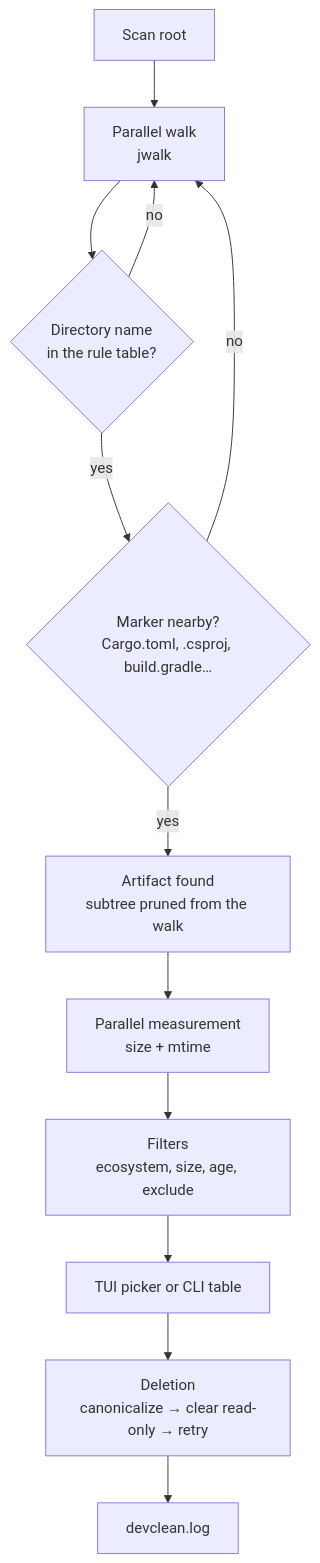
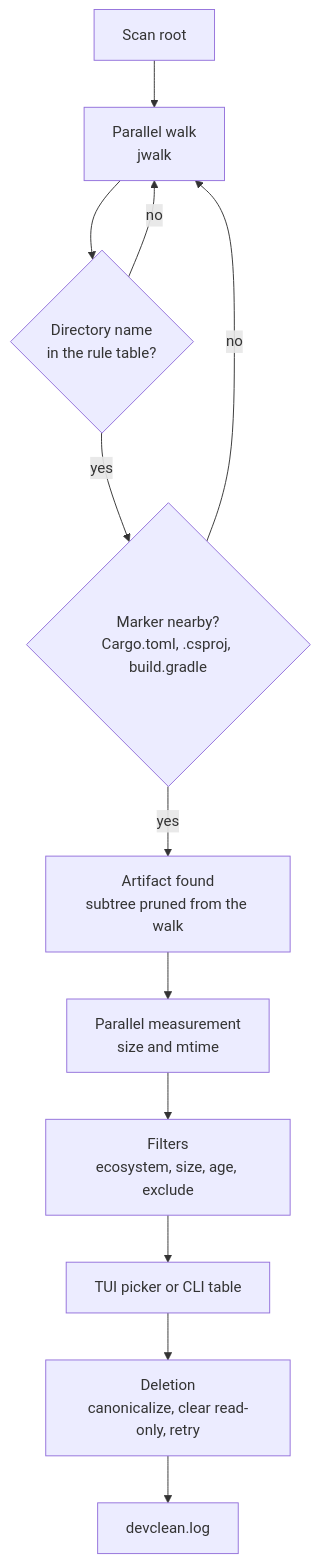
One commit to lepex1/devclean changed the diagram in README.en.md. Above: the diagram before and after it, drawn with Mermaid. The commit also changed other lines of this file and 7 other files, not shown here.

````diff
--- a/README.en.md
+++ b/README.en.md
@@ -149,14 +148,14 @@
 ```mermaid
 flowchart TD
     A[Scan root] --> B[Parallel walk<br/>jwalk]
     B --> C{Directory name<br/>in the rule table?}
     C -->|no| B
-    C -->|yes| D{Marker nearby?<br/>Cargo.toml, .csproj, build.gradle…}
+    C -->|yes| D{Marker nearby?<br/>Cargo.toml, .csproj, build.gradle}
     D -->|no| B
     D -->|yes| E[Artifact found<br/>subtree pruned from the walk]
-    E --> F[Parallel measurement<br/>size + mtime]
+    E --> F[Parallel measurement<br/>size and mtime]
     F --> G[Filters<br/>ecosystem, size, age, exclude]
     G --> H[TUI picker or CLI table]
-    H --> I[Deletion<br/>canonicalize → clear read-only → retry]
+    H --> I[Deletion<br/>canonicalize, clear read-only, retry]
     I --> J[devclean.log]
 ```
````
